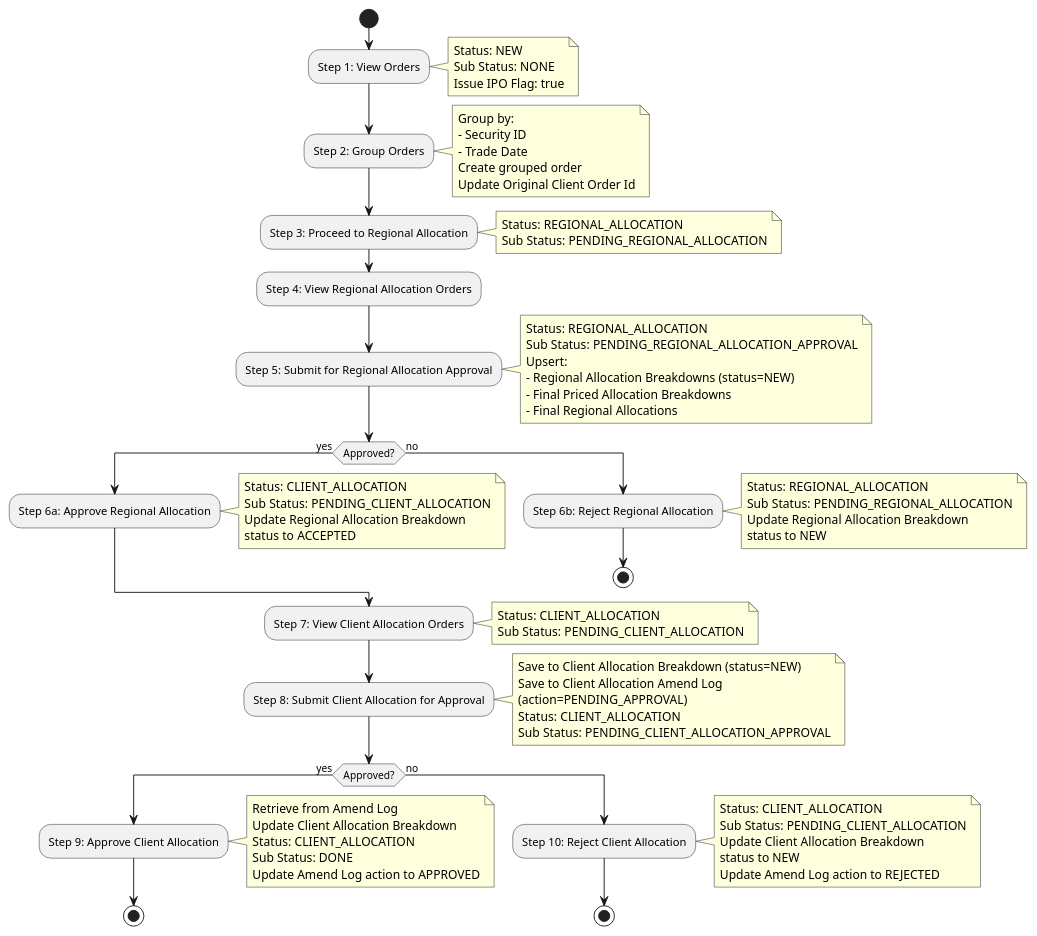
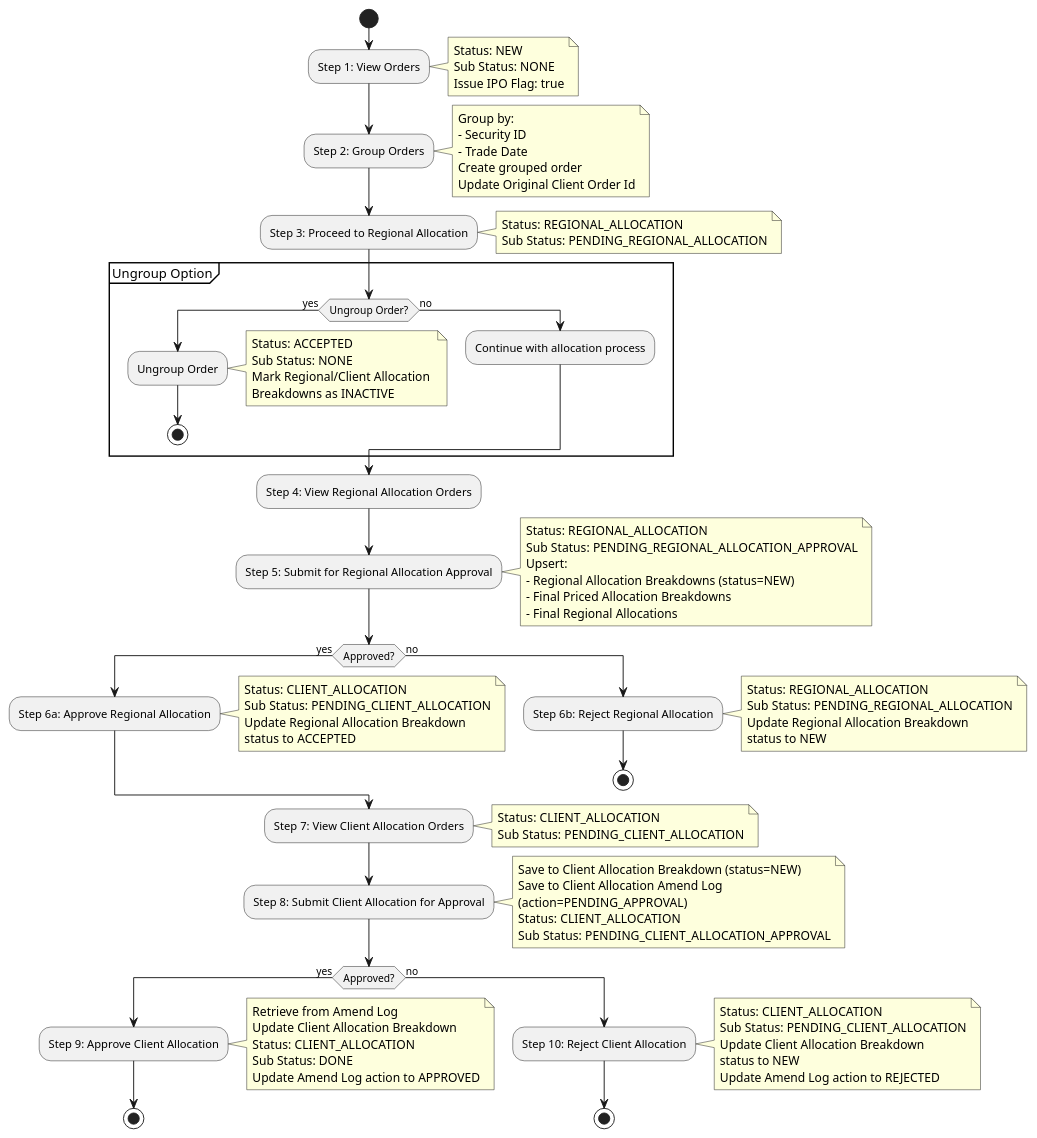
The diagram in docs/diagrams/process-flow.puml (patricklo/my_allocation), drawn with PlantUML before and after one commit. The commit also changed 11 other files, not shown here.

```diff
--- a/docs/diagrams/process-flow.puml
+++ b/docs/diagrams/process-flow.puml
@@ -1,94 +1,109 @@
 @startuml IPO Order Allocation Workflow
 start
 
 :Step 1: View Orders;
 note right
   Status: NEW
   Sub Status: NONE
   Issue IPO Flag: true
 end note
 
 :Step 2: Group Orders;
 note right
   Group by:
   - Security ID
   - Trade Date
   Create grouped order
   Update Original Client Order Id
 end note
 
 :Step 3: Proceed to Regional Allocation;
 note right
   Status: REGIONAL_ALLOCATION
   Sub Status: PENDING_REGIONAL_ALLOCATION
 end note
+
+partition "Ungroup Option" {
+  if (Ungroup Order?) then (yes)
+    :Ungroup Order;
+    note right
+      Status: ACCEPTED
+      Sub Status: NONE
+      Mark Regional/Client Allocation 
+      Breakdowns as INACTIVE
+    end note
+    stop
+  else (no)
+    :Continue with allocation process;
+  endif
+}
 
 :Step 4: View Regional Allocation Orders;
 
 :Step 5: Submit for Regional Allocation Approval;
 note right
   Status: REGIONAL_ALLOCATION
   Sub Status: PENDING_REGIONAL_ALLOCATION_APPROVAL
   Upsert:
   - Regional Allocation Breakdowns (status=NEW)
   - Final Priced Allocation Breakdowns
   - Final Regional Allocations
 end note
 
 if (Approved?) then (yes)
   :Step 6a: Approve Regional Allocation;
   note right
     Status: CLIENT_ALLOCATION
     Sub Status: PENDING_CLIENT_ALLOCATION
     Update Regional Allocation Breakdown
     status to ACCEPTED
   end note
 else (no)
   :Step 6b: Reject Regional Allocation;
   note right
     Status: REGIONAL_ALLOCATION
     Sub Status: PENDING_REGIONAL_ALLOCATION
     Update Regional Allocation Breakdown
     status to NEW
   end note
   stop
 endif
 
 :Step 7: View Client Allocation Orders;
 note right
   Status: CLIENT_ALLOCATION
   Sub Status: PENDING_CLIENT_ALLOCATION
 end note
 
 :Step 8: Submit Client Allocation for Approval;
 note right
   Save to Client Allocation Breakdown (status=NEW)
   Save to Client Allocation Amend Log
   (action=PENDING_APPROVAL)
   Status: CLIENT_ALLOCATION
   Sub Status: PENDING_CLIENT_ALLOCATION_APPROVAL
 end note
 
 if (Approved?) then (yes)
   :Step 9: Approve Client Allocation;
   note right
     Retrieve from Amend Log
     Update Client Allocation Breakdown
     Status: CLIENT_ALLOCATION
     Sub Status: DONE
     Update Amend Log action to APPROVED
   end note
   stop
 else (no)
   :Step 10: Reject Client Allocation;
   note right
     Status: CLIENT_ALLOCATION
     Sub Status: PENDING_CLIENT_ALLOCATION
     Update Client Allocation Breakdown
     status to NEW
     Update Amend Log action to REJECTED
   end note
   stop
 endif
 
 @enduml
```
